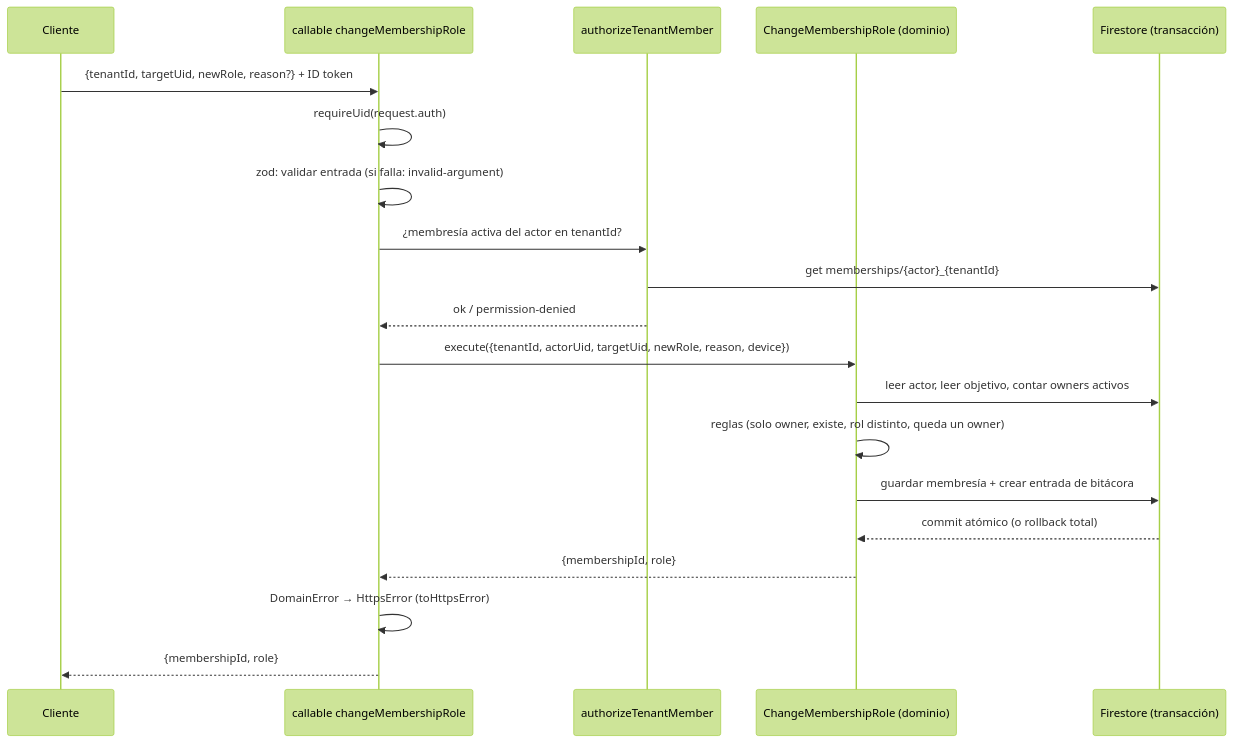
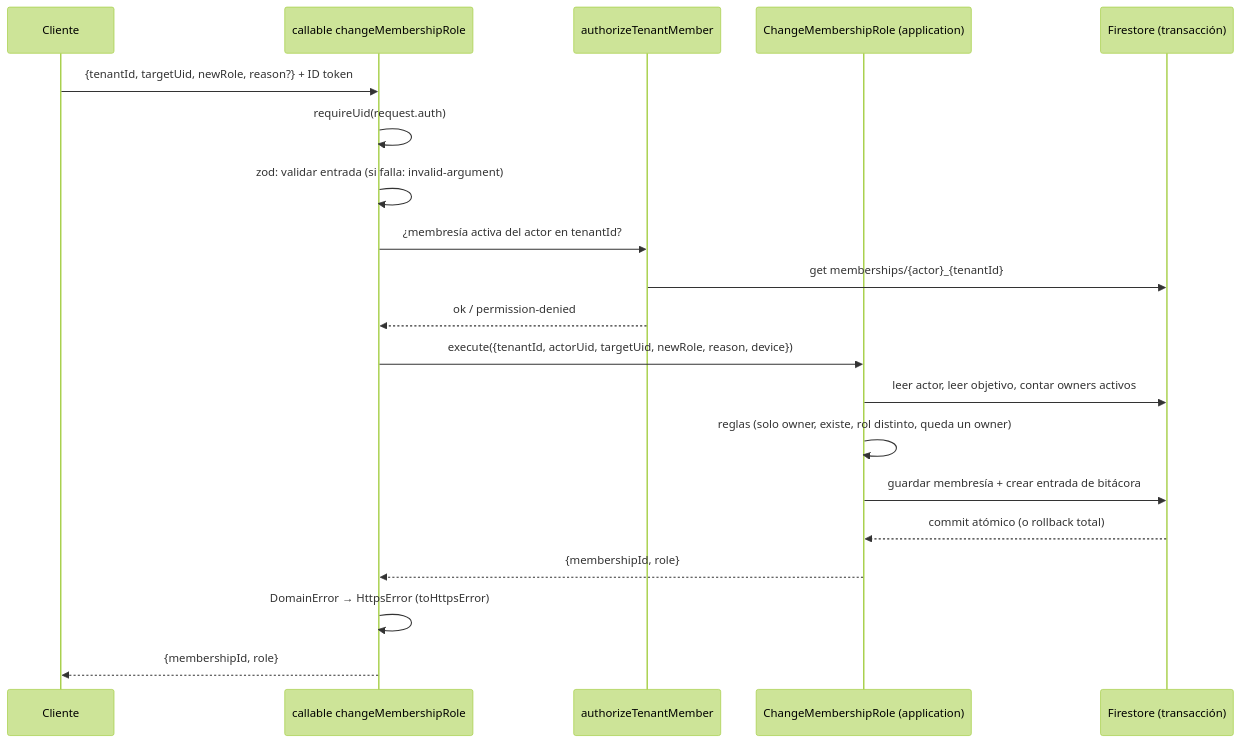
Before and after one commit to grestrepo98/escuelas-deportivas-back: the diagram in docs/arquitectura.md, drawn with Mermaid (forest theme). The commit also changed other lines of this file and 206 other files, not shown here.

````diff
--- a/docs/arquitectura.md
+++ b/docs/arquitectura.md
@@ -123,23 +139,23 @@
 ```mermaid
 sequenceDiagram
     participant C as Cliente
     participant F as callable changeMembershipRole
     participant A as authorizeTenantMember
-    participant U as ChangeMembershipRole (dominio)
+    participant U as ChangeMembershipRole (application)
     participant DB as Firestore (transacción)
 
     C->>F: {tenantId, targetUid, newRole, reason?} + ID token
     F->>F: requireUid(request.auth)
     F->>F: zod: validar entrada (si falla: invalid-argument)
     F->>A: ¿membresía activa del actor en tenantId?
     A->>DB: get memberships/{actor}_{tenantId}
     A-->>F: ok / permission-denied
     F->>U: execute({tenantId, actorUid, targetUid, newRole, reason, device})
     U->>DB: leer actor, leer objetivo, contar owners activos
     U->>U: reglas (solo owner, existe, rol distinto, queda un owner)
     U->>DB: guardar membresía + crear entrada de bitácora
     DB-->>U: commit atómico (o rollback total)
     U-->>F: {membershipId, role}
     F->>F: DomainError → HttpsError (toHttpsError)
     F-->>C: {membershipId, role}
 ```
````
